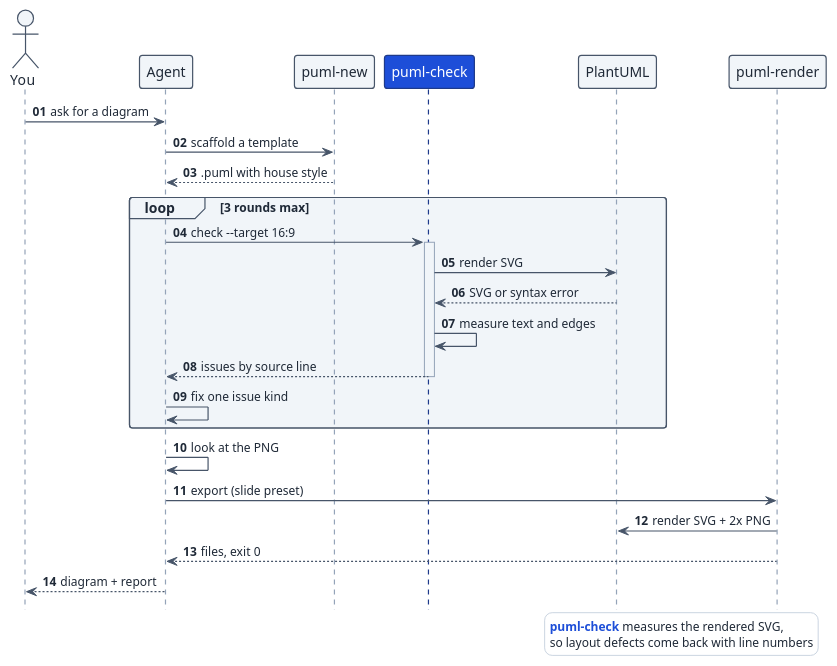
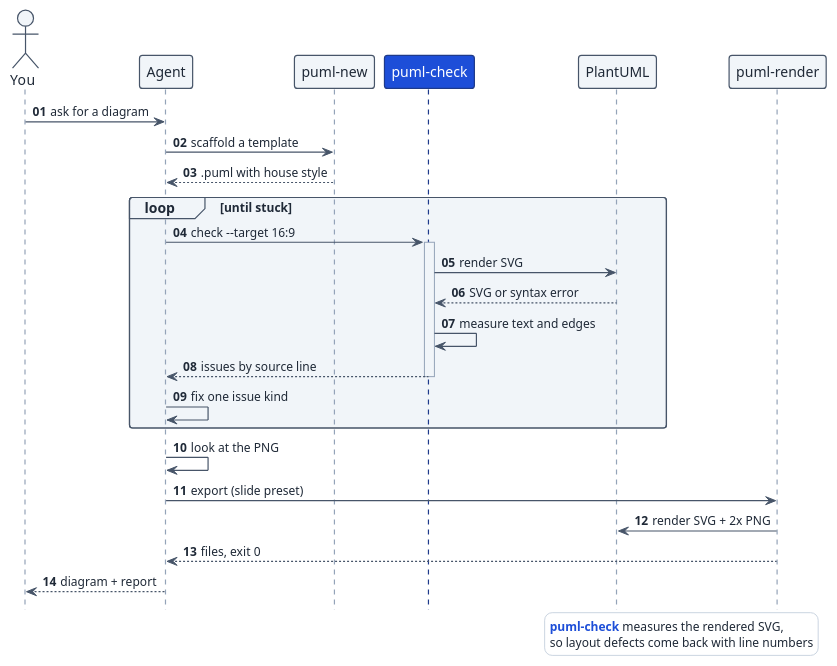
The diagram in docs/diagrams/how-it-works.puml (gregodouglas/plantuml-diagrams-skill), drawn with PlantUML before and after one commit. The commit also changed 7 other files, not shown here.

```diff
--- a/docs/diagrams/how-it-works.puml
+++ b/docs/diagrams/how-it-works.puml
@@ -1,63 +1,63 @@
 @startuml
 ' ---- house style (slide) ----
 skinparam shadowing false
 skinparam defaultFontName Helvetica
 skinparam maxMessageSize 180
 skinparam wrapWidth 180
 <style>
 root {
   FontName Helvetica
   FontSize 14
   FontColor #1F2937
 }
 element { BackgroundColor #F1F5F9; LineColor #475569; LineThickness 1.2; RoundCorner 6 }
 arrow   { LineColor #475569; LineThickness 1.2; FontSize 12; MaximumWidth 180 }
 note    { BackgroundColor #FFF7E0; LineColor #B45309; FontSize 12; MaximumWidth 220 }
 title   { FontSize 18; FontStyle bold }
 caption { FontSize 12; FontColor #64748B }
 legend  { FontSize 12; BackgroundColor white; LineColor #CBD5E1; MaximumWidth 320 }
 .accent { BackgroundColor #1D4ED8; FontColor white; LineColor #1E3A8A }
 .alert  { BackgroundColor #FEE2E2; FontColor #7F1D1D; LineColor #B91C1C }
 .muted  { BackgroundColor #F8FAFC; FontColor #64748B; LineColor #CBD5E1 }
 sequenceDiagram {
   participant { Margin 0 12 }
   lifeLine    { LineColor #94A3B8 }
   group       { FontSize 12 }
 }
 </style>
 hide stereotype
 
 ' ---- body ----
 ' README "How it works": the render-measure-fix loop. Every step is what the scripts actually do.
 hide footbox
 autonumber "<b>00"
 
 actor       "You"         as user
 participant "Agent"       as agent
 participant "puml-new"    as new
 participant "puml-check"  as check <<accent>>
 participant "PlantUML"    as puml
 participant "puml-render" as render
 
 user   -> agent    : ask for a diagram
 agent  -> new      : scaffold a template
 new   --> agent    : .puml with house style
-loop 3 rounds max
+loop until stuck
   agent  -> check ++ : check --target 16:9
   check  -> puml     : render SVG
   puml  --> check    : SVG or syntax error
   check  -> check    : measure text and edges
   check --> agent -- : issues by source line
   agent  -> agent    : fix one issue kind
 end
 agent  -> agent    : look at the PNG
 agent  -> render   : export (slide preset)
 render -> puml     : render SVG + 2x PNG
 render --> agent   : files, exit 0
 agent --> user     : diagram + report
 
 legend right
 <color:#1D4ED8><b>puml-check</b></color> measures the rendered SVG,
 so layout defects come back with line numbers
 endlegend
 @enduml
```
